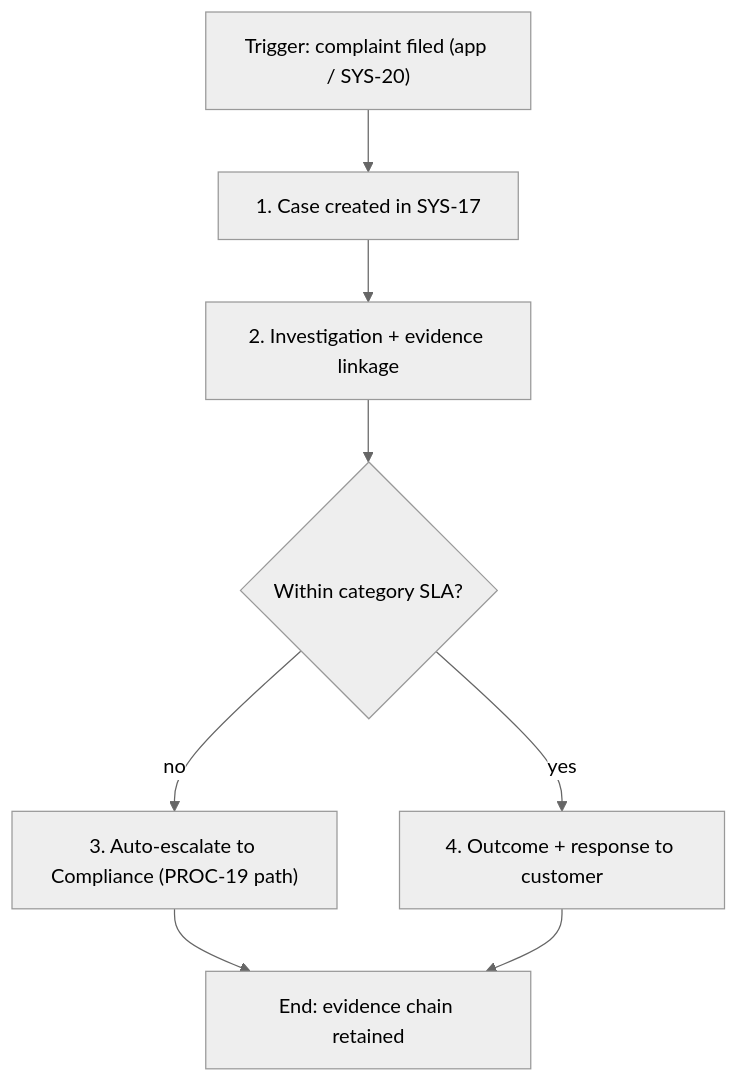
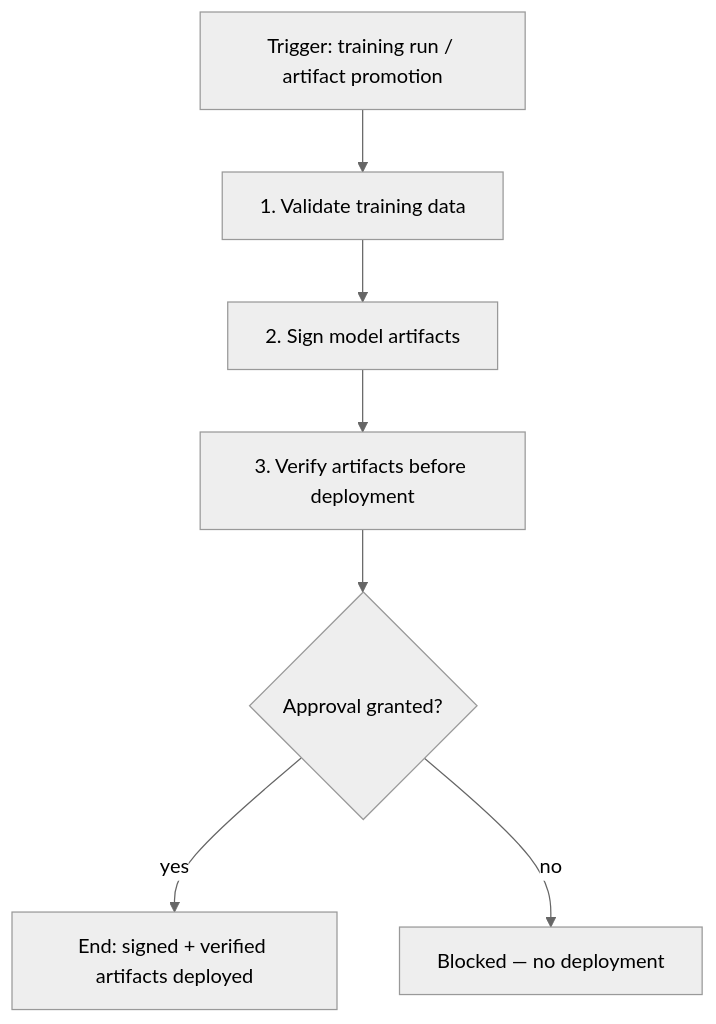
Before and after one commit to pauloribeiro16/Methodology_compact: diagram 49 of 60 in 02_CASES/Case_03_OmniBank_Financial/03_PHASE3_DECOMPOSITION/Doc32_Process_Capability_Cards.md, drawn with Mermaid (neutral theme). The commit also changed other lines of this file and 14 other files, not shown here.

Commit message:
[EXECUTOR] F1 UC separation Case_03: lane-pure Doc22 v3.0 (33 UCs, PKG-DS), 15 UCs re-laned PROC-41..52/CAP-08..10, PROC-39/40→UC-66/92, Doc32 50P+10C, annexes A8/B33; gates: 2 pre-existing FAILs only, audit 111/111

````diff
--- a/02_CASES/Case_03_OmniBank_Financial/03_PHASE3_DECOMPOSITION/Doc32_Process_Capability_Cards.md
+++ b/02_CASES/Case_03_OmniBank_Financial/03_PHASE3_DECOMPOSITION/Doc32_Process_Capability_Cards.md
@@ -914,10 +1095,9 @@
 ```mermaid
 flowchart TD
-    T["Trigger: complaint filed (app / SYS-20)"] --> A1["1. Case created in SYS-17"]
-    A1 --> A2["2. Investigation + evidence linkage"]
-    A2 --> D1{"Within category SLA?"}
-    D1 -->|"no"| A3["3. Auto-escalate to Compliance (PROC-19 path)"]
-    D1 -->|"yes"| A4["4. Outcome + response to customer"]
-    A3 --> E["End: evidence chain retained"]
-    A4 --> E
+    T["Trigger: training run / artifact promotion"] --> A1["1. Validate training data"]
+    A1 --> A2["2. Sign model artifacts"]
+    A2 --> A3["3. Verify artifacts before deployment"]
+    A3 --> D1{"Approval granted?"}
+    D1 -->|"yes"| E["End: signed + verified artifacts deployed"]
+    D1 -->|"no"| B["Blocked — no deployment"]
 ```
````
